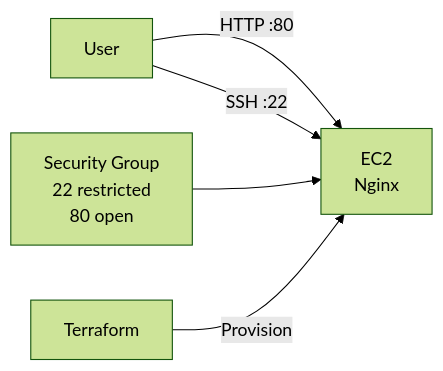
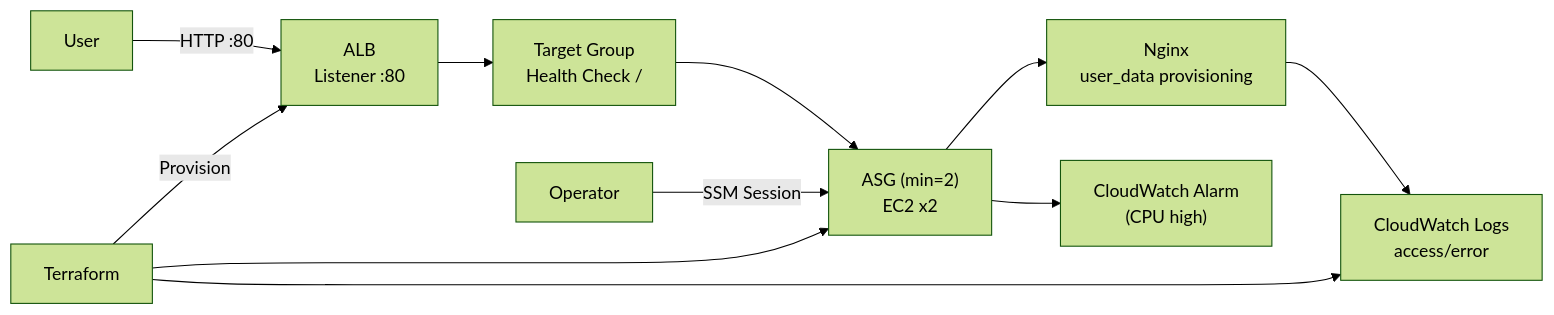
Before and after one commit to yejin1029/Cloud_Ops_Lab: the diagram in README.md, drawn with Mermaid (forest theme). The commit also changed other lines of this file, not shown here.

````diff
--- a/README.md
+++ b/README.md
@@ -15,7 +16,13 @@
 ```mermaid
 flowchart LR
-  U[User] -->|HTTP :80| E["EC2<br/>Nginx"]
-  U -->|SSH :22| E
-  SG["Security Group<br/>22 restricted<br/>80 open"] --> E
-  TF["Terraform"] -->|Provision| E
+  U[User] -->|HTTP :80| ALB["ALB<br/>Listener :80"]
+  ALB --> TG["Target Group<br/>Health Check /"]
+  TG --> ASG["ASG (min=2)<br/>EC2 x2"]
+  ASG --> N["Nginx<br/>user_data provisioning"]
+  N --> CW["CloudWatch Logs<br/>access/error"]
+  ASG --> ALARM["CloudWatch Alarm<br/>(CPU high)"]
+  OP["Operator"] -->|SSM Session| ASG
+  TF["Terraform"] -->|Provision| ALB
+  TF --> ASG
+  TF --> CW
 ```
````
